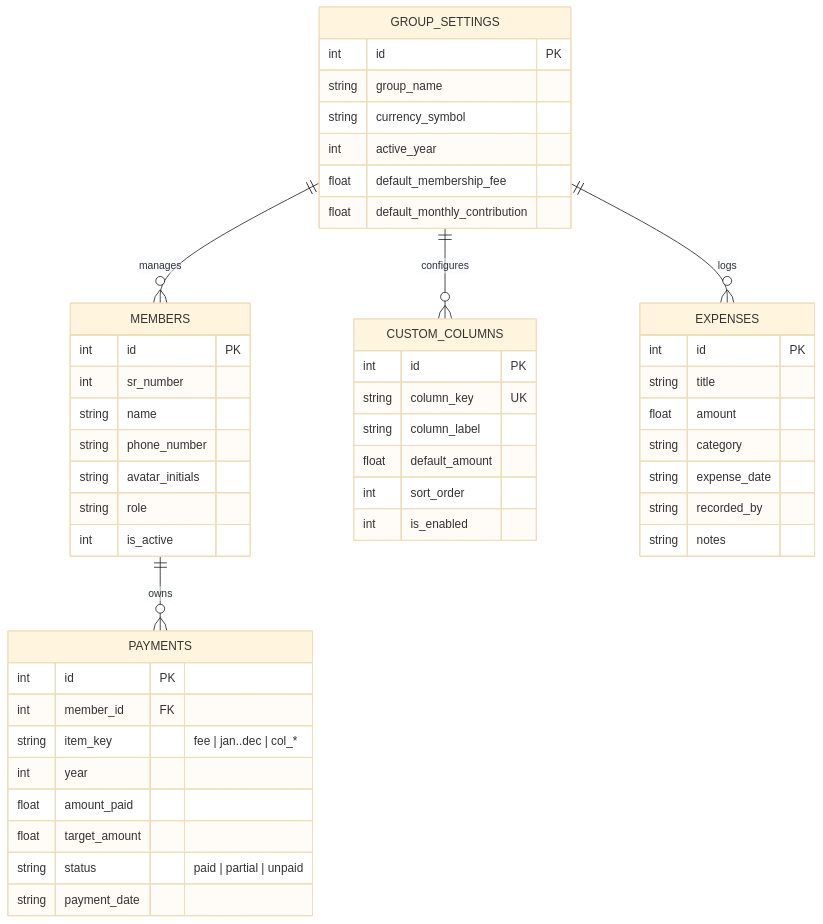
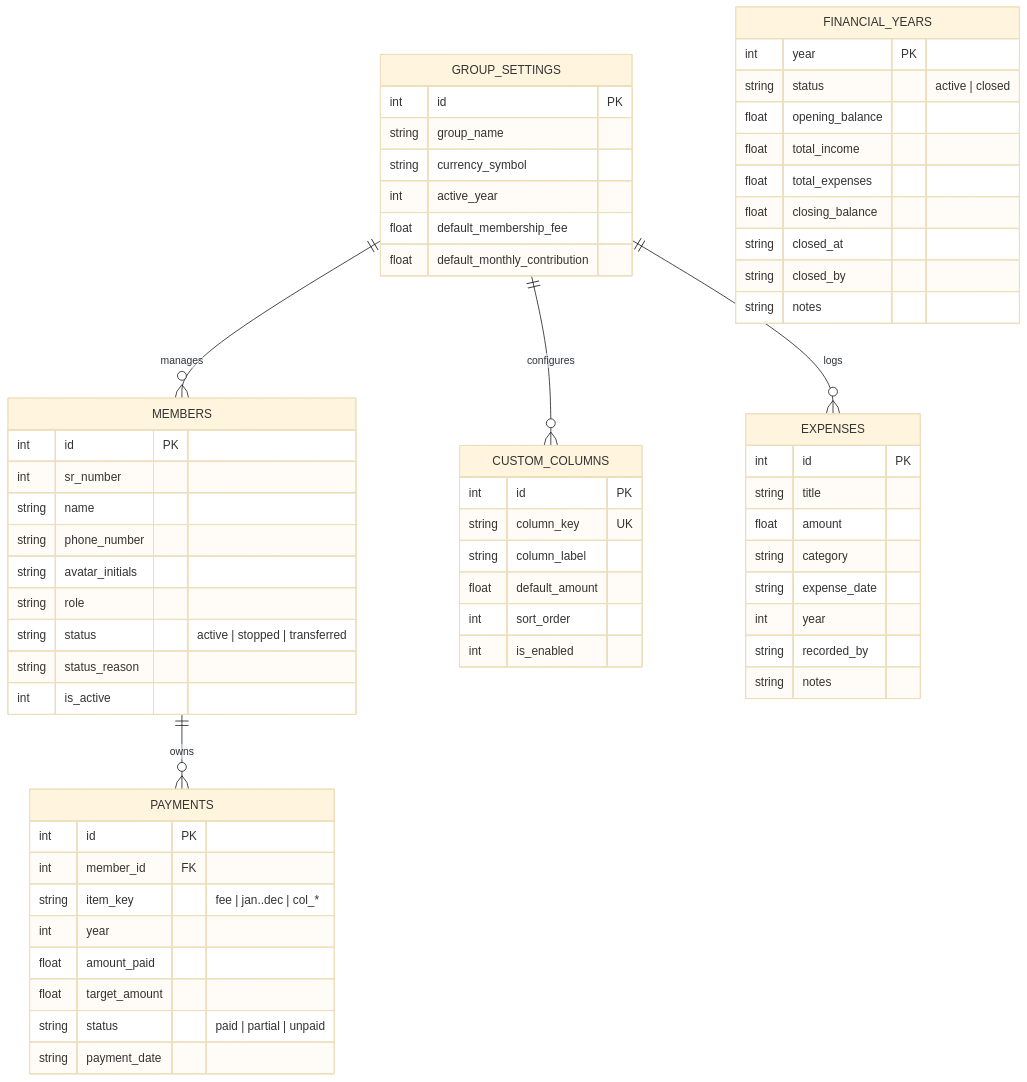
Before and after one commit to ManzYDaSaint/shair: the diagram in APP_DOCUMENTATION.md, drawn with Mermaid (base theme). The commit also changed other lines of this file and 13 other files, not shown here.

````diff
--- a/APP_DOCUMENTATION.md
+++ b/APP_DOCUMENTATION.md
@@ -69,56 +89,71 @@
 ```mermaid
 erDiagram
     GROUP_SETTINGS ||--o{ MEMBERS : manages
     GROUP_SETTINGS ||--o{ CUSTOM_COLUMNS : configures
     MEMBERS ||--o{ PAYMENTS : owns
     GROUP_SETTINGS ||--o{ EXPENSES : logs
 
     GROUP_SETTINGS {
         int id PK
         string group_name
         string currency_symbol
         int active_year
         float default_membership_fee
         float default_monthly_contribution
     }
 
     MEMBERS {
         int id PK
         int sr_number
         string name
         string phone_number
         string avatar_initials
         string role
+        string status "active | stopped | transferred"
+        string status_reason
         int is_active
     }
 
     CUSTOM_COLUMNS {
         int id PK
         string column_key UK
         string column_label
         float default_amount
         int sort_order
         int is_enabled
     }
 
     PAYMENTS {
         int id PK
         int member_id FK
         string item_key "fee | jan..dec | col_*"
         int year
         float amount_paid
         float target_amount
         string status "paid | partial | unpaid"
         string payment_date
     }
 
     EXPENSES {
         int id PK
         string title
         float amount
         string category
         string expense_date
+        int year
         string recorded_by
         string notes
     }
+
+    FINANCIAL_YEARS {
+        int year PK
+        string status "active | closed"
+        float opening_balance
+        float total_income
+        float total_expenses
+        float closing_balance
+        string closed_at
+        string closed_by
+        string notes
+    }
 ```
````
